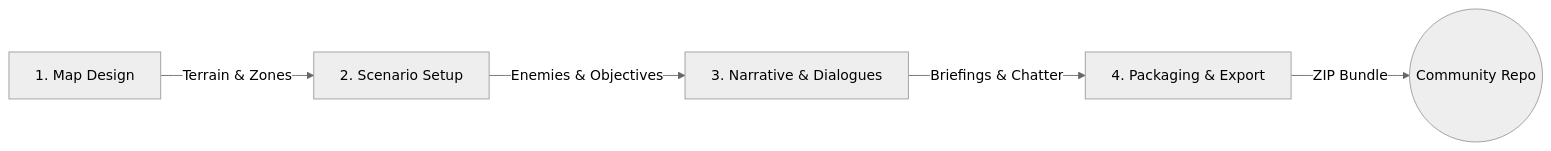
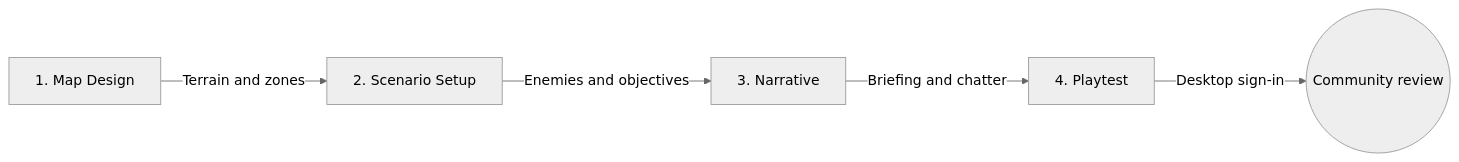
Before and after one commit to fredrikCarleson/mech-commander-scenario-repo: the diagram in public/wiki/MODDING_AND_CUSTOM_SCENARIOS.md, drawn with Mermaid (neutral theme). The commit also changed other lines of this file and 6 other files, not shown here.

First line of the commit message:
docs: explain community upload, review, and environments

````diff
--- a/public/wiki/MODDING_AND_CUSTOM_SCENARIOS.md
+++ b/public/wiki/MODDING_AND_CUSTOM_SCENARIOS.md
@@ -11,7 +21,7 @@
 ```mermaid
 flowchart LR
-    A[1. Map Design] -->|Terrain & Zones| B[2. Scenario Setup]
-    B -->|Enemies & Objectives| C[3. Narrative & Dialogues]
-    C -->|Briefings & Chatter| D[4. Packaging & Export]
-    D -->|ZIP Bundle| E((Community Repo))
+    A[1. Map Design] -->|Terrain and zones| B[2. Scenario Setup]
+    B -->|Enemies and objectives| C[3. Narrative]
+    C -->|Briefing and chatter| D[4. Playtest]
+    D -->|Desktop sign-in| E((Community review))
 ```
````
